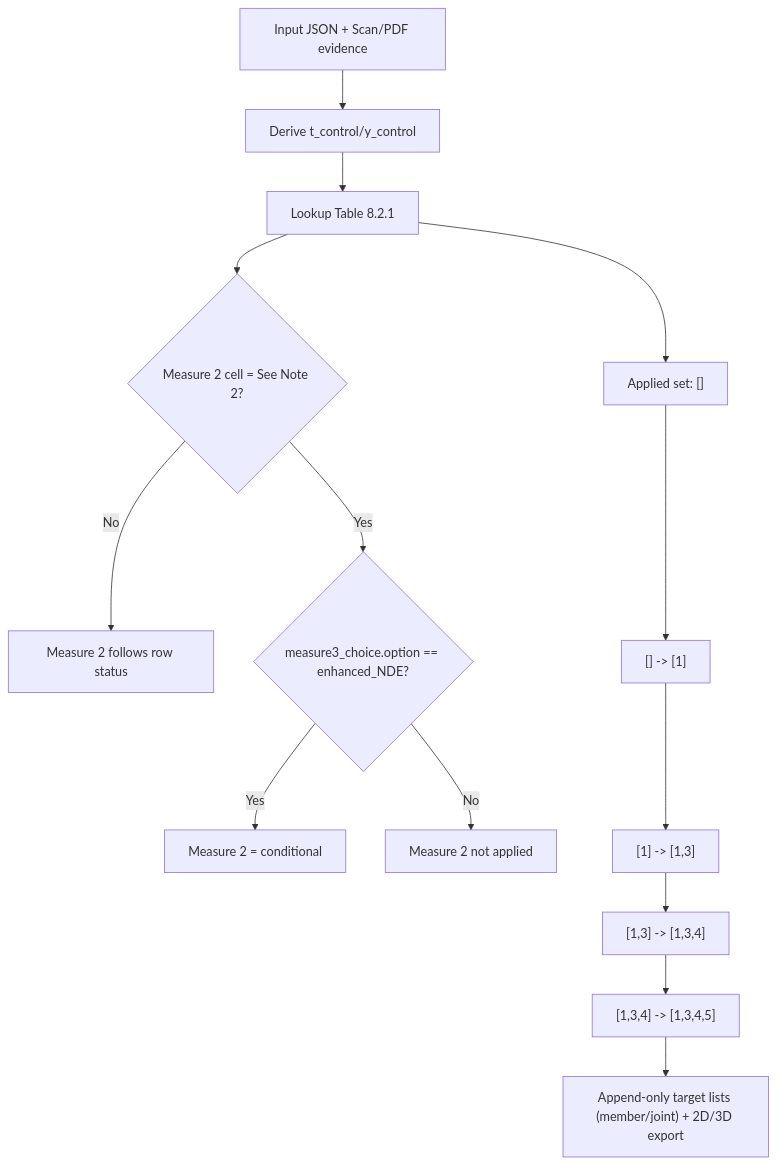
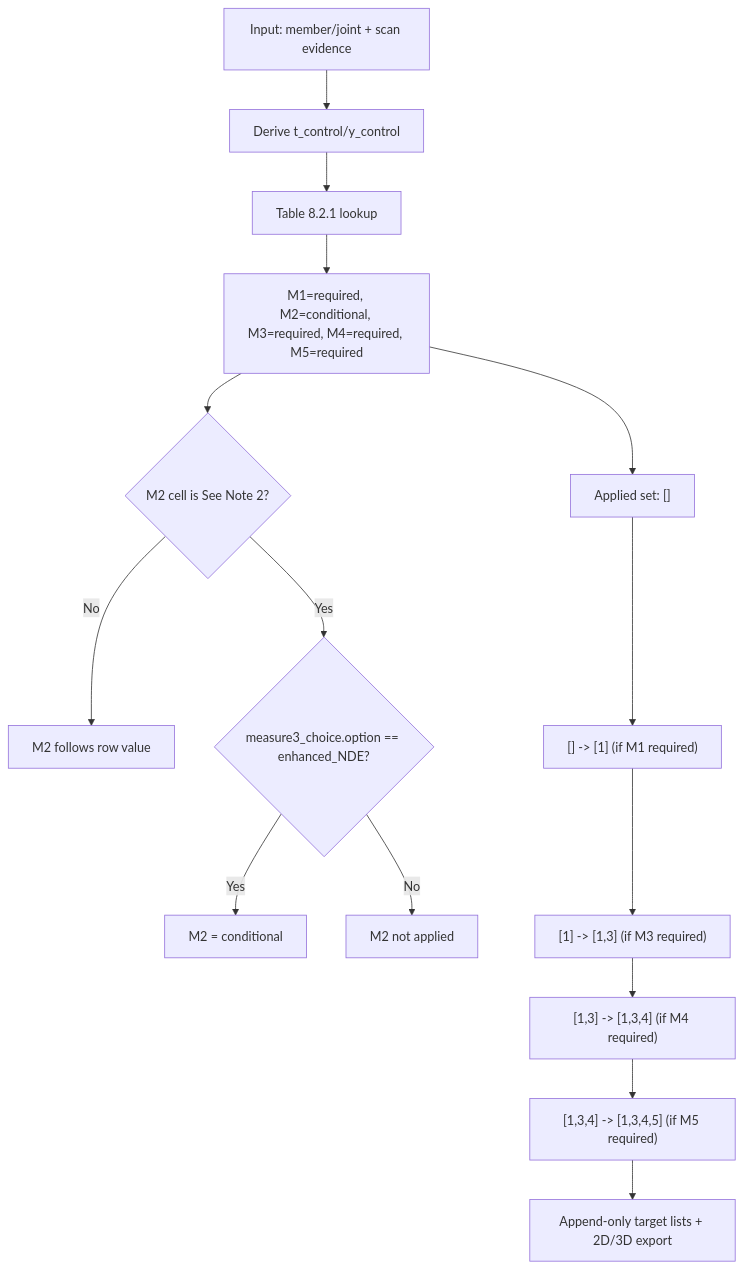
One commit to HyobumChris/automsitory changed the diagram in diagrams/decision_flow.mmd. Above: the diagram before and after it, drawn with Mermaid. The commit also changed other lines of this file and 3 other files, not shown here.

```diff
--- a/diagrams/decision_flow.mmd
+++ b/diagrams/decision_flow.mmd
@@ -1,15 +1,15 @@
 flowchart TD
-    A["Input JSON + Scan/PDF evidence"] --> B["Derive t_control/y_control"]
-    B --> C["Lookup Table 8.2.1"]
-    C --> D{"Measure 2 cell = See Note 2?"}
-    D -- No --> D0["Measure 2 follows row status"]
-    D -- Yes --> E{"measure3_choice.option == enhanced_NDE?"}
-    E -- Yes --> E1["Measure 2 = conditional"]
-    E -- No --> E0["Measure 2 not applied"]
-
-    C --> S0["Applied set: []"]
-    S0 --> S1["[] -> [1]"]
-    S1 --> S2["[1] -> [1,3]"]
-    S2 --> S3["[1,3] -> [1,3,4]"]
-    S3 --> S4["[1,3,4] -> [1,3,4,5]"]
-    S4 --> Z["Append-only target lists (member/joint) + 2D/3D export"]
+A["Input: member/joint + scan evidence"] --> B["Derive t_control/y_control"]
+B --> C["Table 8.2.1 lookup"]
+C --> D["M1=required, M2=conditional, M3=required, M4=required, M5=required"]
+D --> N2{"M2 cell is See Note 2?"}
+N2 -- No --> N2X["M2 follows row value"]
+N2 -- Yes --> N2E{"measure3_choice.option == enhanced_NDE?"}
+N2E -- Yes --> N2Y["M2 = conditional"]
+N2E -- No --> N2N["M2 not applied"]
+D --> S0["Applied set: []"]
+S0 --> S1["[] -> [1] (if M1 required)"]
+S1 --> S2["[1] -> [1,3] (if M3 required)"]
+S2 --> S3["[1,3] -> [1,3,4] (if M4 required)"]
+S3 --> S4["[1,3,4] -> [1,3,4,5] (if M5 required)"]
+S4 --> Z["Append-only target lists + 2D/3D export"]
```
